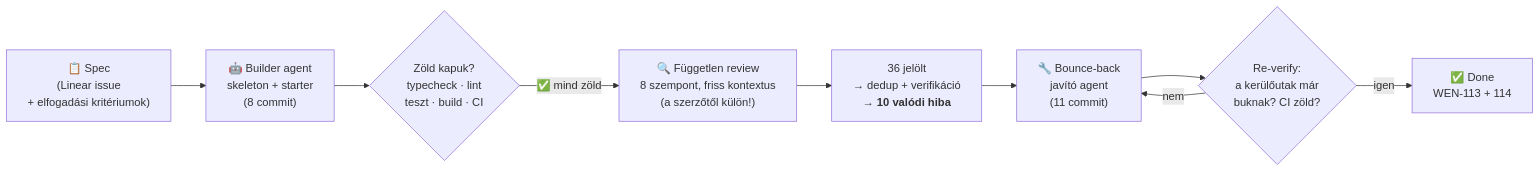
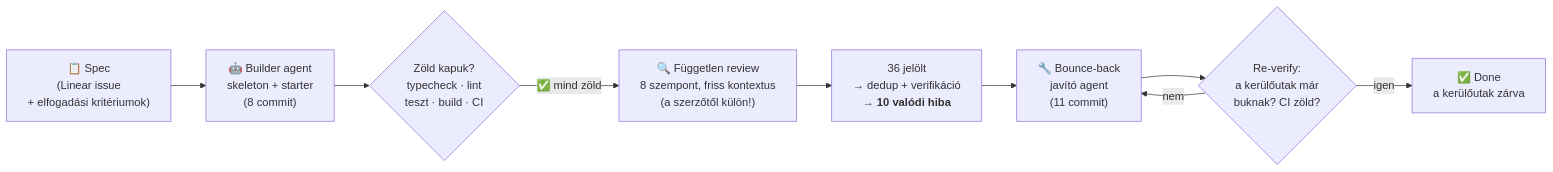
Before and after one commit to cspiya/wshp-ai-dev-2026: the first of 3 diagrams in materials/epitesi-naplo/day-1.md, drawn with Mermaid. The commit also changed other lines of this file and 37 other files, not shown here.

````diff
--- a/materials/epitesi-naplo/day-1.md
+++ b/materials/epitesi-naplo/day-1.md
@@ -10,11 +10,11 @@
 ```mermaid
 flowchart LR
     SPEC["📋 Spec<br/>(Linear issue<br/>+ elfogadási kritériumok)"] --> B["🤖 Builder agent<br/>skeleton + starter<br/>(8 commit)"]
     B --> G{"Zöld kapuk?<br/>typecheck · lint<br/>teszt · build · CI"}
     G -- "✅ mind zöld" --> R["🔍 Független review<br/>8 szempont, friss kontextus<br/>(a szerzőtől külön!)"]
     R --> F["36 jelölt<br/>→ dedup + verifikáció<br/>→ <b>10 valódi hiba</b>"]
     F --> FX["🔧 Bounce-back<br/>javító agent<br/>(11 commit)"]
     FX --> V{"Re-verify:<br/>a kerülőutak már<br/>buknak? CI zöld?"}
-    V -- igen --> DONE["✅ Done<br/>WEN-113 + 114"]
+    V -- igen --> DONE["✅ Done<br/>a kerülőutak zárva"]
     V -- nem --> FX
 ```
````
